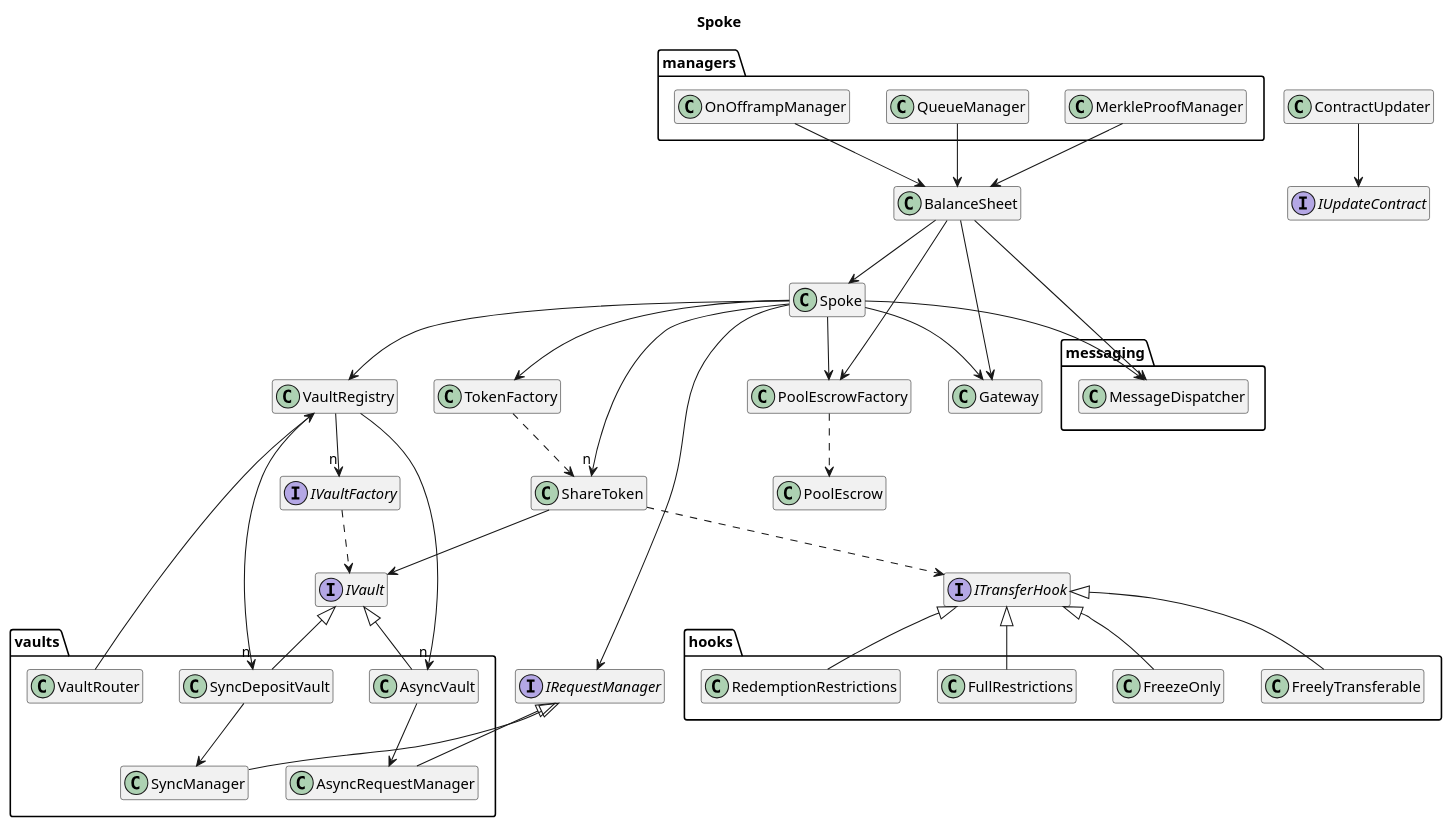
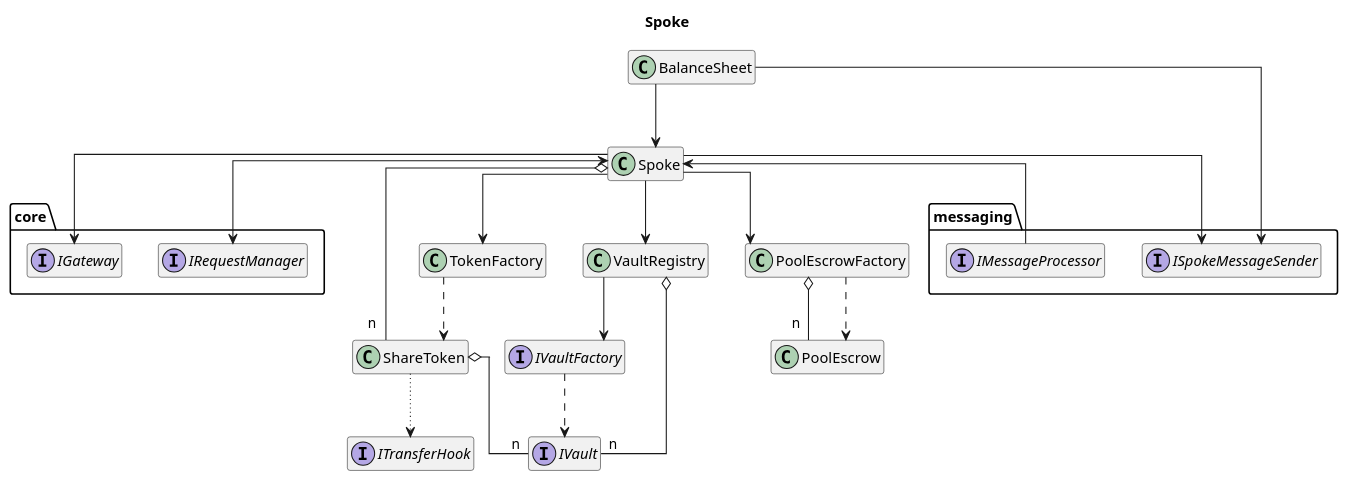
Before and after one commit to centrifuge/protocol: the diagram in docs/architecture/core/spoke.puml, drawn with PlantUML. The commit also changed 2 other files, not shown here.

Commit message:
simplify core

```diff
--- a/docs/architecture/core/spoke.puml
+++ b/docs/architecture/core/spoke.puml
@@ -1,93 +1,53 @@
 @startuml spoke
 title Spoke
 hide empty members
 
-package messaging {
-    class MessageDispatcher
+skinparam linetype ortho
+
+package core {
+    interface IGateway
+    interface IRequestManager
 }
 
-package managers {
-    class OnOfframpManager
-    class MerkleProofManager
-    class QueueManager
-}
-
-package hooks {
-    class FreelyTransferable
-    class FreezeOnly
-    class FullRestrictions
-    class RedemptionRestrictions
-}
-
-package vaults {
-    class AsyncVault
-    class SyncDepositVault
-    class AsyncRequestManager
-    class SyncManager
-    class VaultRouter
+package messaging {
+    interface ISpokeMessageSender
+    interface IMessageProcessor
 }
 
 class Spoke
 class ShareToken
 class BalanceSheet
 class TokenFactory
 class VaultRegistry
-class ContractUpdater
 class PoolEscrowFactory
 class PoolEscrow
-class Gateway
 
 interface IVaultFactory
 interface IVault
-interface IRequestManager
 interface ITransferHook
-interface IUpdateContract
 
 Spoke --> TokenFactory
 Spoke --> PoolEscrowFactory
-Spoke --> "n" ShareToken
-Spoke --> Gateway
-Spoke --> MessageDispatcher
+Spoke o-- "n" ShareToken
+Spoke --> IGateway
+Spoke --> ISpokeMessageSender
 Spoke --> VaultRegistry
-Spoke -[norank]-> IRequestManager
+Spoke <-> IRequestManager
+Spoke <-- IMessageProcessor
 
-VaultRegistry --> "n" IVaultFactory
-VaultRegistry --> "n" AsyncVault
-VaultRegistry --> "n" SyncDepositVault
+VaultRegistry --> IVaultFactory
+VaultRegistry o-- "n" IVault
 
-AsyncVault -up-|> IVault
-SyncDepositVault -up-|> IVault
+BalanceSheet --> Spoke
+BalanceSheet --> ISpokeMessageSender
 
-AsyncVault --> AsyncRequestManager
-SyncDepositVault --> SyncManager
-
-AsyncRequestManager -up-|> IRequestManager
-SyncManager -up-|> IRequestManager
-
-VaultRouter --> VaultRegistry
-
-ContractUpdater --> IUpdateContract
-
-BalanceSheet --> PoolEscrowFactory
-BalanceSheet --> Spoke
-BalanceSheet --> MessageDispatcher
-BalanceSheet --> Gateway
-
+PoolEscrowFactory o-- "n" PoolEscrow
 PoolEscrowFactory ..> PoolEscrow
 
-OnOfframpManager --> BalanceSheet
-MerkleProofManager --> BalanceSheet
-QueueManager --> BalanceSheet
-
-ShareToken ..> ITransferHook
-ShareToken --> IVault
-
-ITransferHook <|-- FreelyTransferable
-ITransferHook <|-- FreezeOnly
-ITransferHook <|-- FullRestrictions
-ITransferHook <|-- RedemptionRestrictions
+ShareToken .[dotted].> ITransferHook
+ShareToken o-- "n" IVault
 
 TokenFactory ..> ShareToken
 IVaultFactory ..> IVault
 
 @enduml
```
